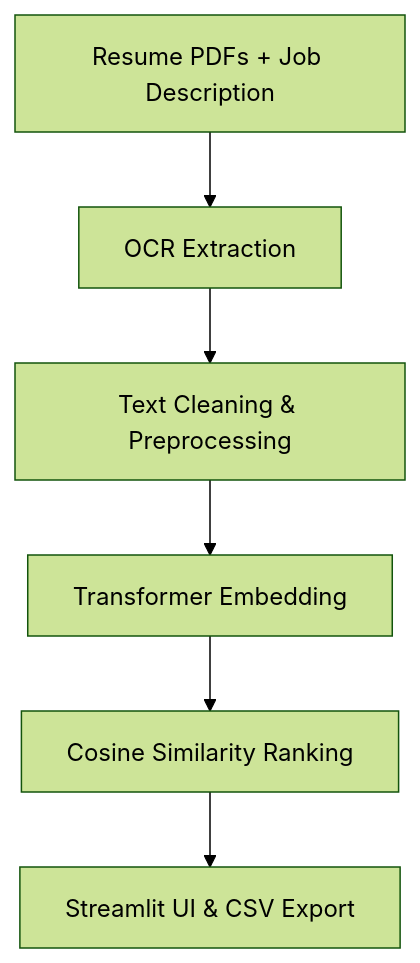
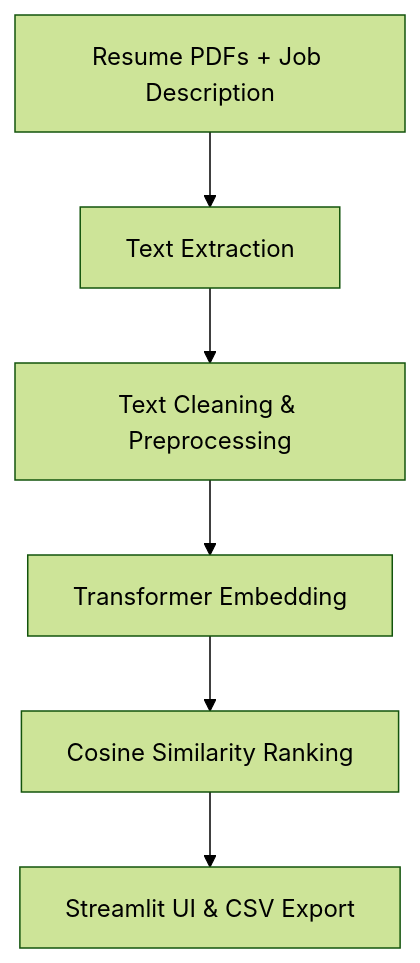
The diagram in README.md (rezzraj/NLP-Transformer-based-RESUME-RANKER), drawn with Mermaid (forest theme) before and after one commit.

````diff
--- a/README.md
+++ b/README.md
@@ -60,8 +60,8 @@
 ```mermaid
 flowchart TD
-    A[Resume PDFs + Job Description] --> B[OCR Extraction]
+    A[Resume PDFs + Job Description] --> B[Text Extraction]
     B --> C[Text Cleaning & Preprocessing]
     C --> D[Transformer Embedding]
     D --> E[Cosine Similarity Ranking]
     E --> F[Streamlit UI & CSV Export]
 ```
````
